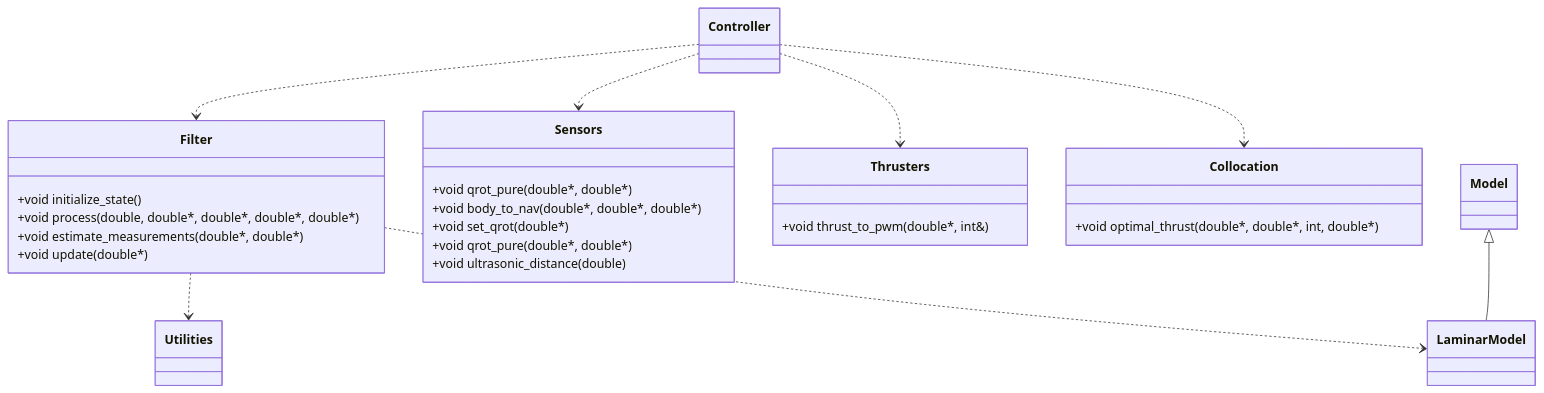
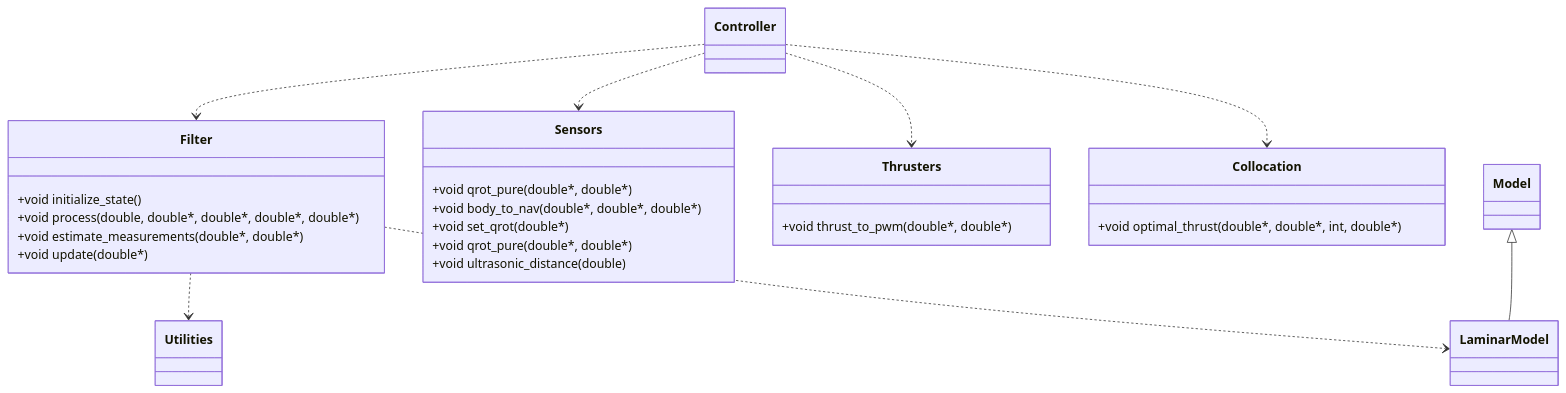
The diagram in README.md (teichen/stormfin), drawn with Mermaid before and after one commit. The commit also changed 1 other file, not shown here.

Commit message:
add basic controller call

````diff
--- a/README.md
+++ b/README.md
@@ -22,21 +22,21 @@
 ```mermaid
 classDiagram
     Controller ..> Filter
     Controller ..> Sensors
     Controller ..> Thrusters
     Controller ..> Collocation
     Filter ..> Utilities
     Filter ..> LaminarModel
     Model <|-- LaminarModel
     Filter : +void initialize_state()
     Filter : +void process(double, double*, double*, double*, double*)
     Filter : +void estimate_measurements(double*, double*)
     Filter : +void update(double*)
     Sensors : +void qrot_pure(double*, double*)
     Sensors : +void body_to_nav(double*, double*, double*)
     Sensors : +void set_qrot(double*)
     Sensors : +void qrot_pure(double*, double*)
     Sensors : +void ultrasonic_distance(double)
-    Thrusters : +void thrust_to_pwm(double*, int&)
+    Thrusters : +void thrust_to_pwm(double*, double*)
     Collocation : +void optimal_thrust(double*, double*, int, double*)
 ```
````
